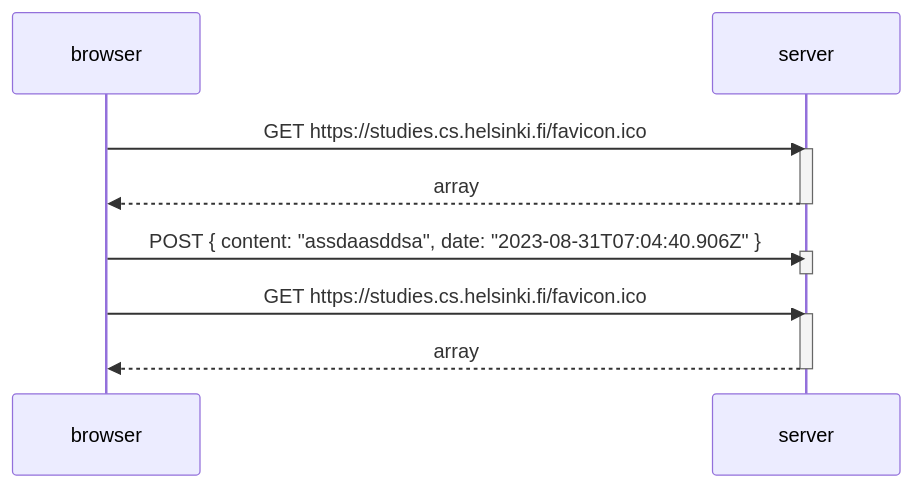
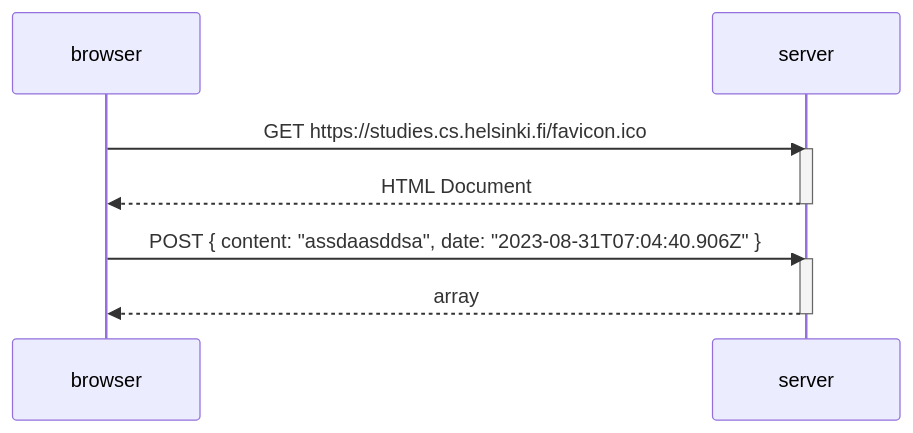
Before and after one commit to valtteriper/FullstackOpen: the diagram in part_0_4.md, drawn with Mermaid.

````diff
--- a/part_0_4.md
+++ b/part_0_4.md
@@ -1,20 +1,16 @@
 ```mermaid
 sequenceDiagram
     participant browser
     participant server
     
     browser->>server: GET https://studies.cs.helsinki.fi/favicon.ico
     activate server
-    server-->>browser: array
+    server-->>browser: HTML Document
     deactivate server
 
     browser->>server: POST { content: "assdaasddsa", date: "2023-08-31T07:04:40.906Z" }
-    activate server
-    deactivate server
-
-    browser->>server: GET https://studies.cs.helsinki.fi/favicon.ico
     activate server
     server-->>browser: array
     deactivate server
 
 ```
````
